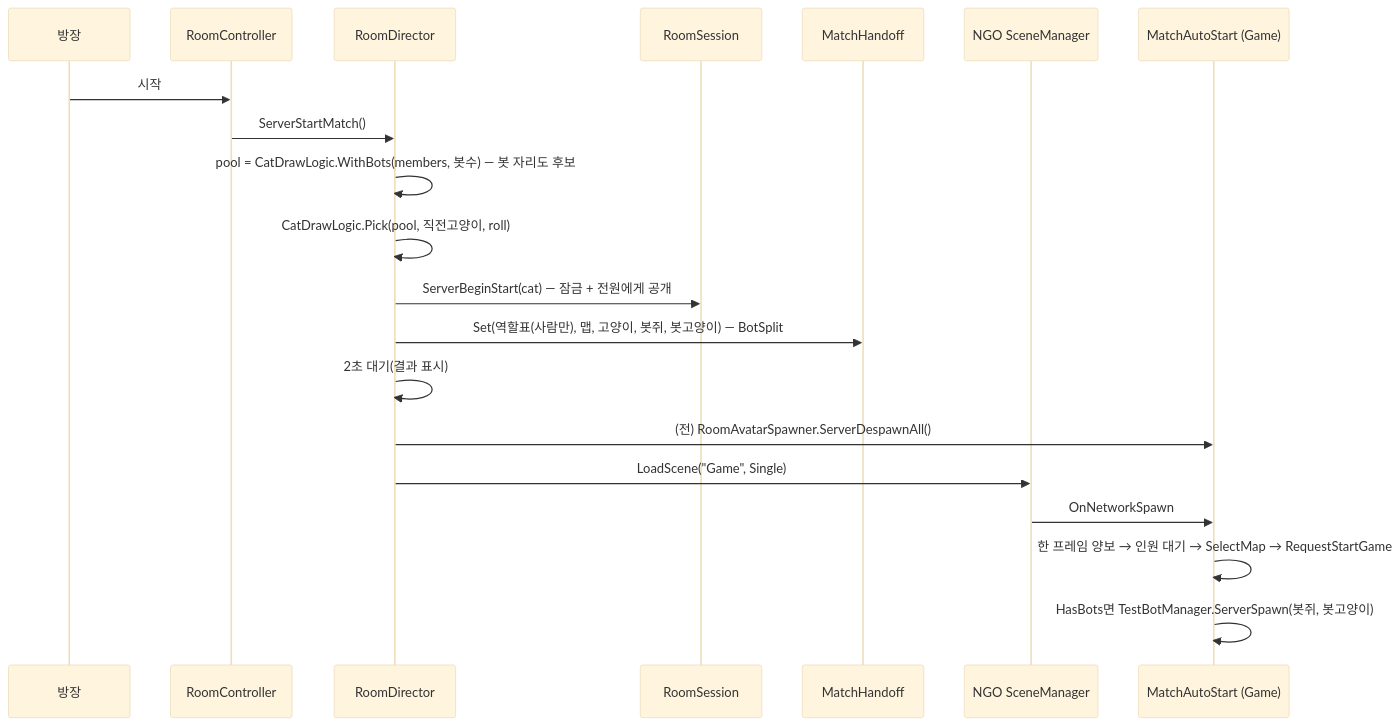
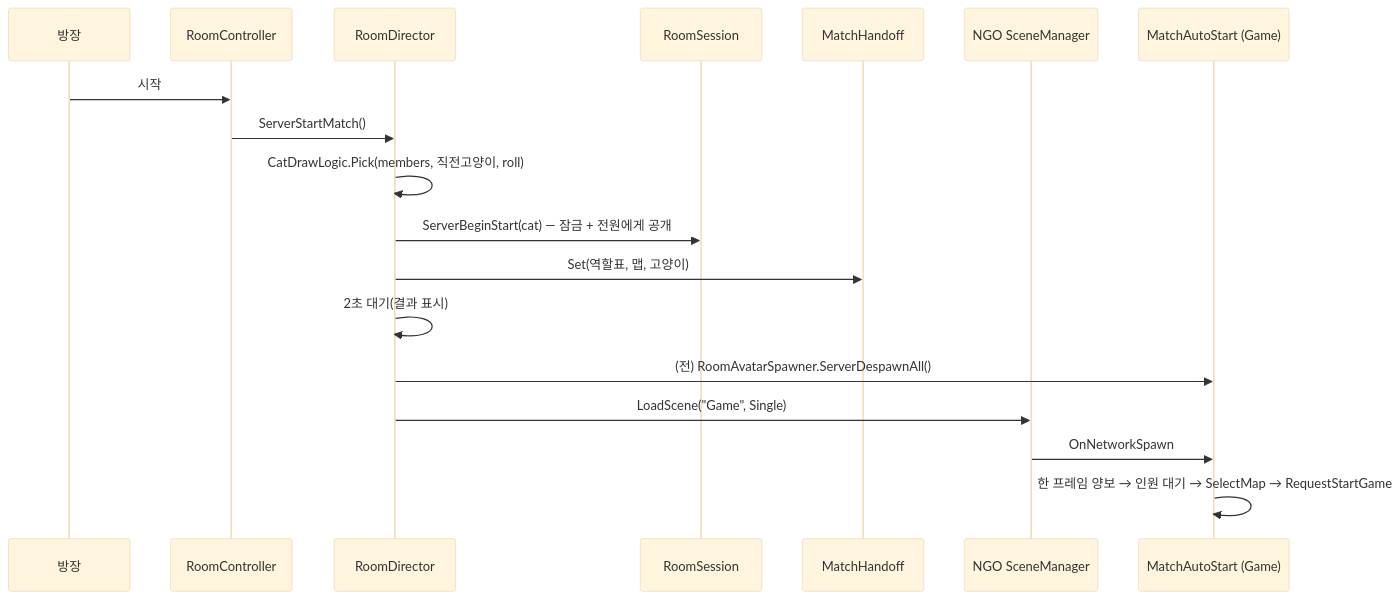
One commit to JeahanPark/The-Cheese-Thief-and-the-Cat changed the fifth of 32 diagrams in CTC/docs/design-vault/코드 다이어그램.md. Above: the diagram before and after it, drawn with Mermaid (base theme). The commit also changed other lines of this file and 1 other file, not shown here.

First line of the commit message:
fix(tech): 재리뷰 반영 — 다이어그램 스코프 축소·소리거리 근거 정정·콤마 검사 실효화

````diff
--- a/CTC/docs/design-vault/코드 다이어그램.md
+++ b/CTC/docs/design-vault/코드 다이어그램.md
@@ -211,22 +210,20 @@
 ```mermaid
 sequenceDiagram
   participant U as 방장
   participant C as RoomController
   participant D as RoomDirector
   participant S as RoomSession
   participant H as MatchHandoff
   participant N as NGO SceneManager
   participant A as MatchAutoStart (Game)
   U->>C: 시작
   C->>D: ServerStartMatch()
-  D->>D: pool = CatDrawLogic.WithBots(members, 봇수) — 봇 자리도 후보
-  D->>D: CatDrawLogic.Pick(pool, 직전고양이, roll)
+  D->>D: CatDrawLogic.Pick(members, 직전고양이, roll)
   D->>S: ServerBeginStart(cat) — 잠금 + 전원에게 공개
-  D->>H: Set(역할표(사람만), 맵, 고양이, 봇쥐, 봇고양이) — BotSplit
+  D->>H: Set(역할표, 맵, 고양이)
   D->>D: 2초 대기(결과 표시)
   D->>A: (전) RoomAvatarSpawner.ServerDespawnAll()
   D->>N: LoadScene("Game", Single)
   N->>A: OnNetworkSpawn
   A->>A: 한 프레임 양보 → 인원 대기 → SelectMap → RequestStartGame
-  A->>A: HasBots면 TestBotManager.ServerSpawn(봇쥐, 봇고양이)
 ```
````
